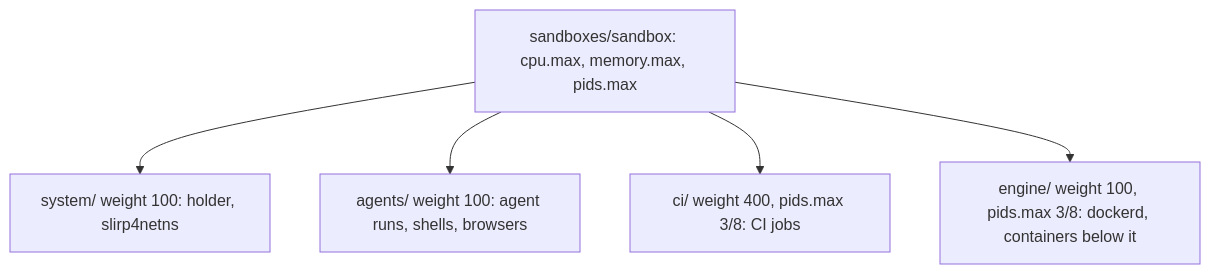
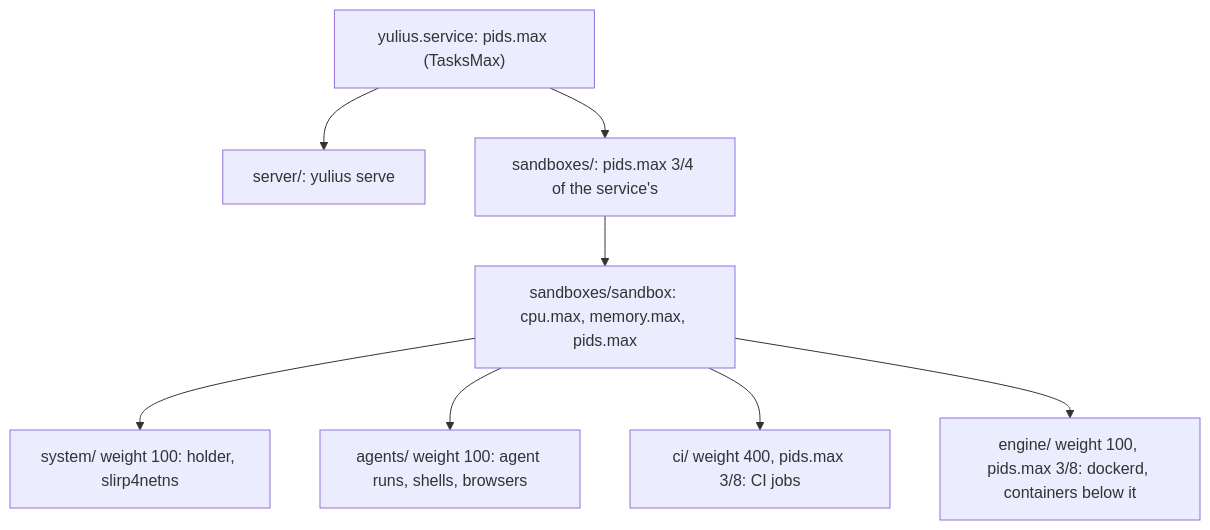
Before and after one commit to Quartio-Studio/yulius: the second of 55 diagrams in docs/architecture.md, drawn with Mermaid. The commit also changed other lines of this file and 15 other files, not shown here.

First line of the commit message:
feat(sandbox): all sandboxes together keep the server a share of the service's tasks (#828)

````diff
--- a/docs/architecture.md
+++ b/docs/architecture.md
@@ -70,7 +74,10 @@
 ```mermaid
 flowchart TD
+  UNIT["yulius.service: pids.max (TasksMax)"] --> SRV["server/: yulius serve"]
+  UNIT --> ALL["sandboxes/: pids.max 3/4 of the service's"]
+  ALL --> SBX
   SBX["sandboxes/sandbox: cpu.max, memory.max, pids.max"] --> SYS["system/ weight 100: holder, slirp4netns"]
   SBX --> AGS["agents/ weight 100: agent runs, shells, browsers"]
   SBX --> CIG["ci/ weight 400, pids.max 3/8: CI jobs"]
   SBX --> ENG["engine/ weight 100, pids.max 3/8: dockerd, containers below it"]
 ```
````
